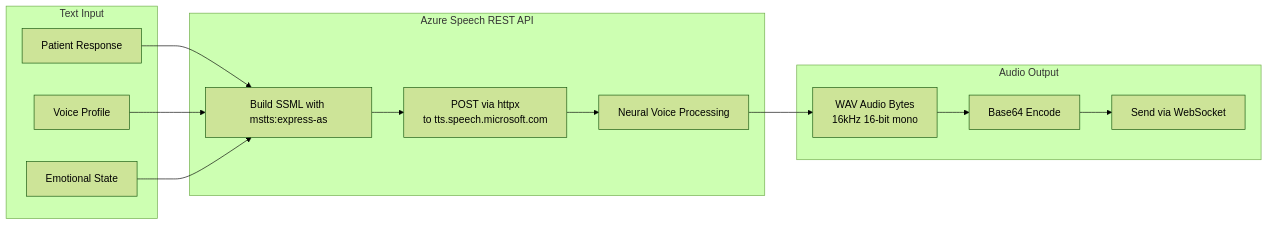
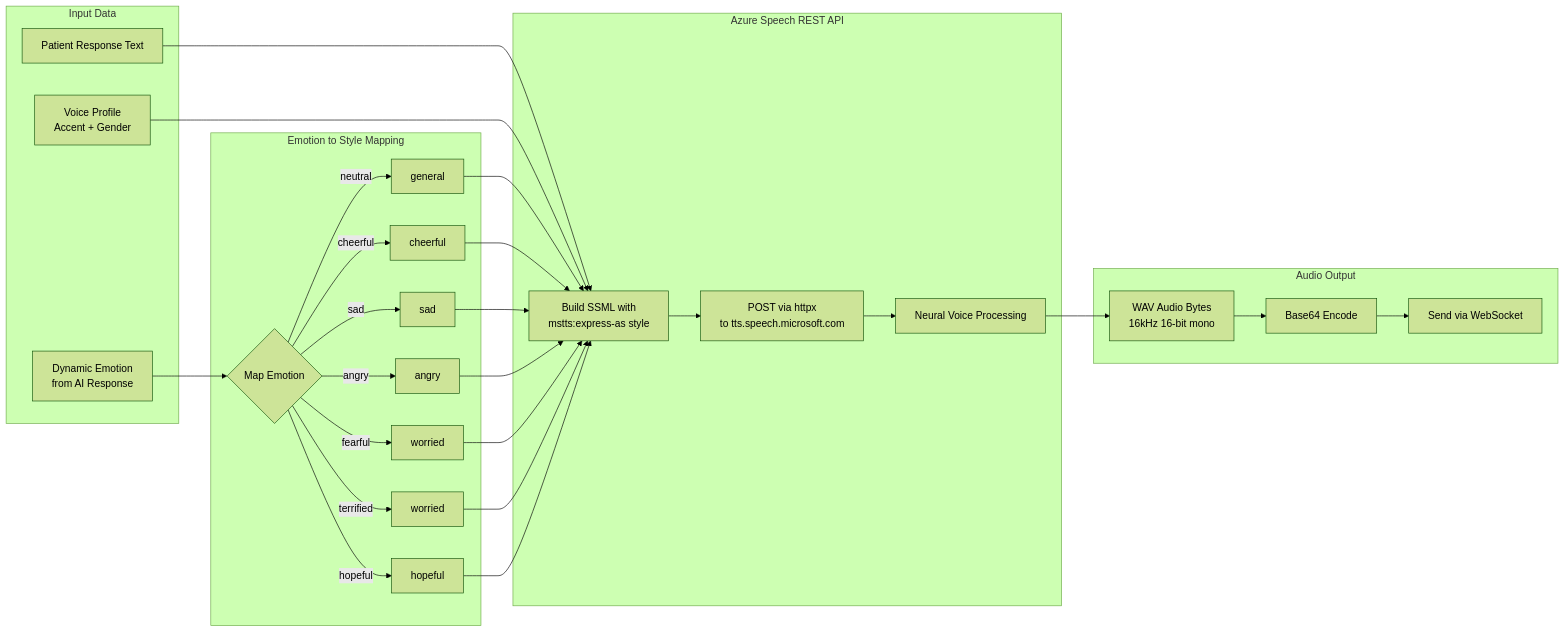
The third of 13 diagrams in docs/diagrams/data-flow.md (Amoukli/Coach_AI), drawn with Mermaid (forest theme) before and after one commit. The commit also changed other lines of this file and 7 other files, not shown here.

First line of the commit message:
feat(ai): add dynamic emotion engine and clinical knowledge extraction

````diff
--- a/docs/diagrams/data-flow.md
+++ b/docs/diagrams/data-flow.md
@@ -109,29 +112,47 @@
 ```mermaid
 flowchart LR
-    subgraph Input["Text Input"]
-        Response[Patient Response]
-        Profile[Voice Profile]
-        Emotion[Emotional State]
+    subgraph Input["Input Data"]
+        Response[Patient Response Text]
+        Profile[Voice Profile\nAccent + Gender]
+        Emotion[Dynamic Emotion\nfrom AI Response]
+    end
+
+    subgraph EmotionMapping["Emotion to Style Mapping"]
+        Map{Map Emotion}
+        Map -->|neutral| General[general]
+        Map -->|cheerful| Cheerful[cheerful]
+        Map -->|sad| Sad[sad]
+        Map -->|angry| Angry[angry]
+        Map -->|fearful| Worried[worried]
+        Map -->|terrified| Worried2[worried]
+        Map -->|hopeful| Hopeful[hopeful]
     end
 
     subgraph Processing["Azure Speech REST API"]
-        SSML[Build SSML with mstts:express-as]
+        SSML[Build SSML with\nmstts:express-as style]
         HTTP[POST via httpx\nto tts.speech.microsoft.com]
         Neural[Neural Voice Processing]
     end
 
     subgraph Output["Audio Output"]
         Audio[WAV Audio Bytes\n16kHz 16-bit mono]
         Base64[Base64 Encode]
         WS[Send via WebSocket]
     end
 
     Response --> SSML
     Profile --> SSML
-    Emotion --> SSML
+    Emotion --> Map
+    General --> SSML
+    Cheerful --> SSML
+    Sad --> SSML
+    Angry --> SSML
+    Worried --> SSML
+    Worried2 --> SSML
+    Hopeful --> SSML
     SSML --> HTTP
     HTTP --> Neural
     Neural --> Audio
     Audio --> Base64
     Base64 --> WS
 ```
````
